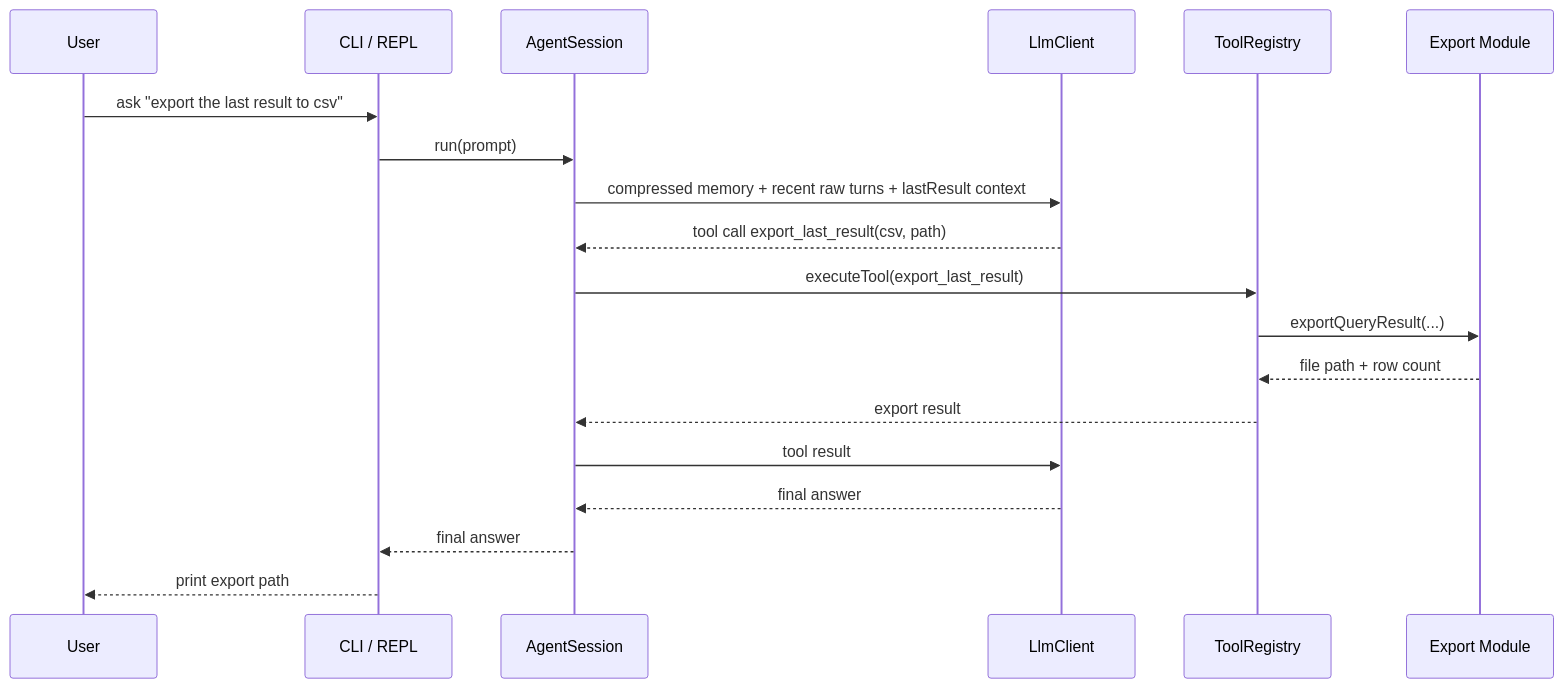
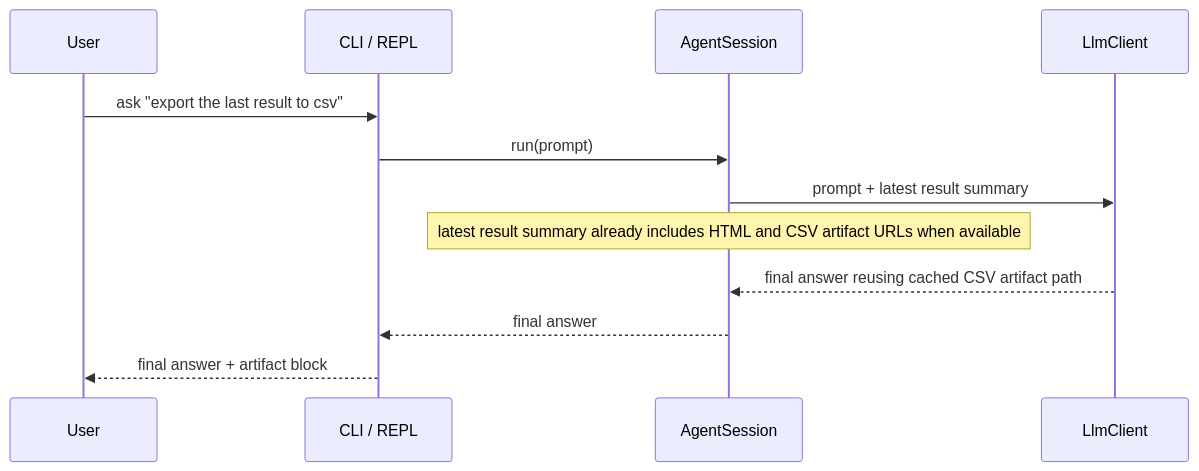
Before and after one commit to Codewarning/dbchat-cli: the sixth of 6 diagrams in docs/architecture-diagrams.md, drawn with Mermaid. The commit also changed other lines of this file and 84 other files, not shown here.

````diff
--- a/docs/architecture-diagrams.md
+++ b/docs/architecture-diagrams.md
@@ -207,22 +190,15 @@
 ```mermaid
 sequenceDiagram
     participant User
     participant CLI as CLI / REPL
     participant Agent as AgentSession
     participant LLM as LlmClient
-    participant Tools as ToolRegistry
-    participant Export as Export Module
 
     User->>CLI: ask "export the last result to csv"
     CLI->>Agent: run(prompt)
-    Agent->>LLM: compressed memory + recent raw turns + lastResult context
-    LLM-->>Agent: tool call export_last_result(csv, path)
-    Agent->>Tools: executeTool(export_last_result)
-    Tools->>Export: exportQueryResult(...)
-    Export-->>Tools: file path + row count
-    Tools-->>Agent: export result
-    Agent->>LLM: tool result
-    LLM-->>Agent: final answer
+    Agent->>LLM: prompt + latest result summary
+    Note over Agent: latest result summary already includes HTML and CSV artifact URLs when available
+    LLM-->>Agent: final answer reusing cached CSV artifact path
     Agent-->>CLI: final answer
-    CLI-->>User: print export path
+    CLI-->>User: final answer + artifact block
 ```
````
